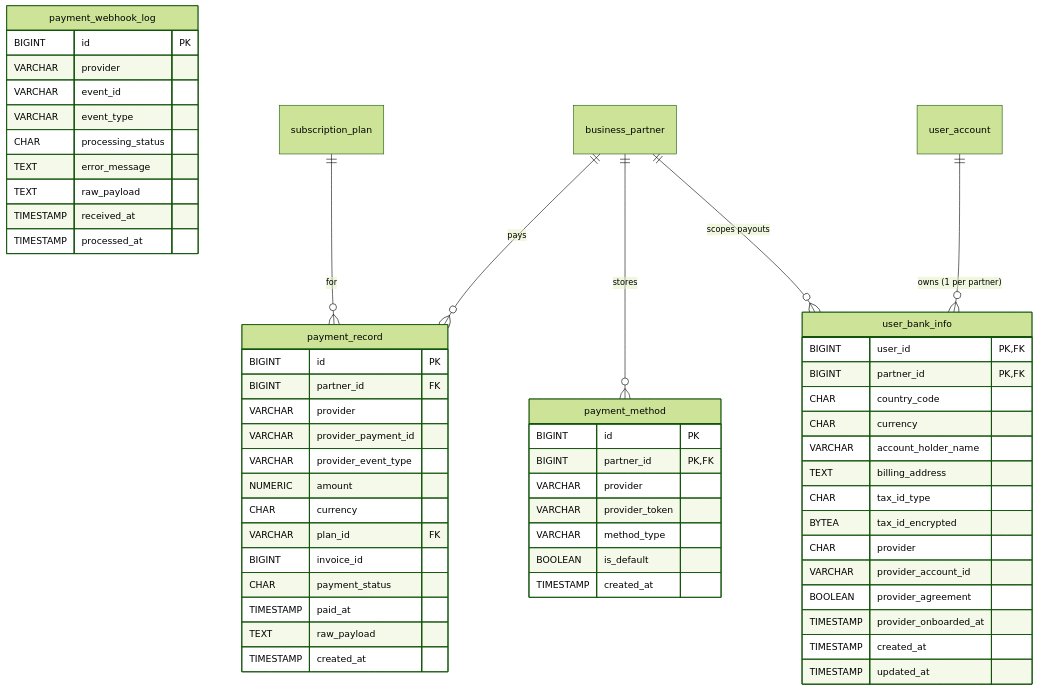
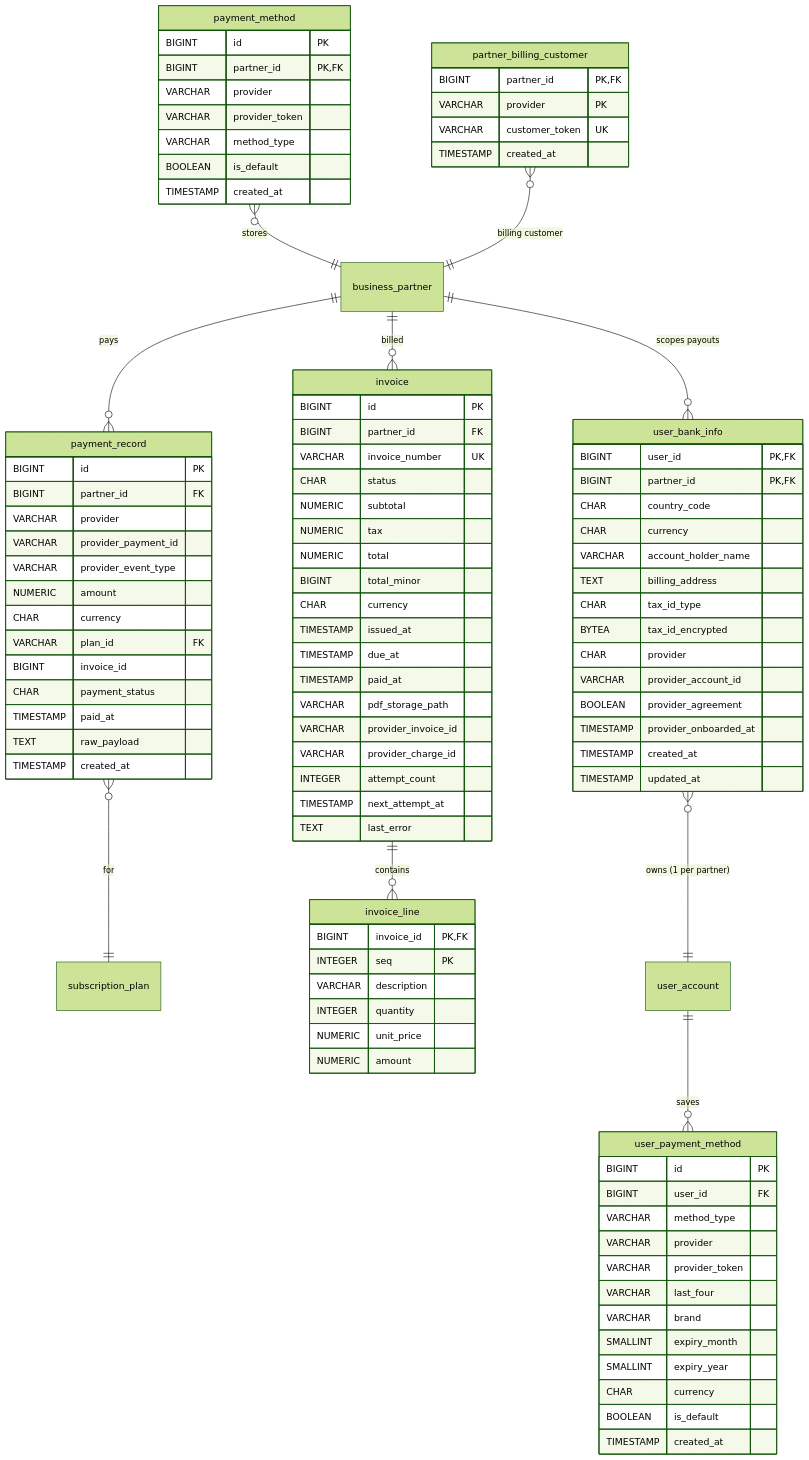
Diagram 13 of 14 in README.md (nauticana/keel), drawn with Mermaid (forest theme) before and after one commit. The commit also changed other lines of this file and 5 other files, not shown here.

Commit message:
v1.0.1 partner_billing_customer and new billing interface methods

````diff
--- a/README.md
+++ b/README.md
@@ -2184,22 +2225,14 @@
 ```mermaid
 erDiagram
-    payment_webhook_log {
-        BIGINT id PK
-        VARCHAR provider
-        VARCHAR event_id
-        VARCHAR event_type
-        CHAR processing_status
-        TEXT error_message
-        TEXT raw_payload
-        TIMESTAMP received_at
-        TIMESTAMP processed_at
-    }
-
-    subscription_plan ||--o{ payment_record : for
+    payment_record }o--|| subscription_plan : for
     business_partner ||--o{ payment_record : pays
-    business_partner ||--o{ payment_method : stores
-    user_account ||--o{ user_bank_info : "owns (1 per partner)"
+    payment_method }o--|| business_partner : stores
+    partner_billing_customer }o--|| business_partner : "billing customer"
+    business_partner ||--o{ invoice : billed
+    invoice ||--o{ invoice_line : contains
     business_partner ||--o{ user_bank_info : "scopes payouts"
+    user_bank_info }o--|| user_account : "owns (1 per partner)"
+    user_account ||--o{ user_payment_method : saves
 
     payment_method {
         BIGINT id PK
@@ -2241,4 +2274,52 @@
         TIMESTAMP created_at
         TIMESTAMP updated_at
     }
+    partner_billing_customer {
+        BIGINT partner_id PK,FK
+        VARCHAR provider PK
+        VARCHAR customer_token UK
+        TIMESTAMP created_at
+    }
+    invoice {
+        BIGINT id PK
+        BIGINT partner_id FK
+        VARCHAR invoice_number UK
+        CHAR status
+        NUMERIC subtotal
+        NUMERIC tax
+        NUMERIC total
+        BIGINT total_minor
+        CHAR currency
+        TIMESTAMP issued_at
+        TIMESTAMP due_at
+        TIMESTAMP paid_at
+        VARCHAR pdf_storage_path
+        VARCHAR provider_invoice_id
+        VARCHAR provider_charge_id
+        INTEGER attempt_count
+        TIMESTAMP next_attempt_at
+        TEXT last_error
+    }
+    invoice_line {
+        BIGINT invoice_id PK,FK
+        INTEGER seq PK
+        VARCHAR description
+        INTEGER quantity
+        NUMERIC unit_price
+        NUMERIC amount
+    }
+    user_payment_method {
+        BIGINT id PK
+        BIGINT user_id FK
+        VARCHAR method_type
+        VARCHAR provider
+        VARCHAR provider_token
+        VARCHAR last_four
+        VARCHAR brand
+        SMALLINT expiry_month
+        SMALLINT expiry_year
+        CHAR currency
+        BOOLEAN is_default
+        TIMESTAMP created_at
+    }
 ```
````
